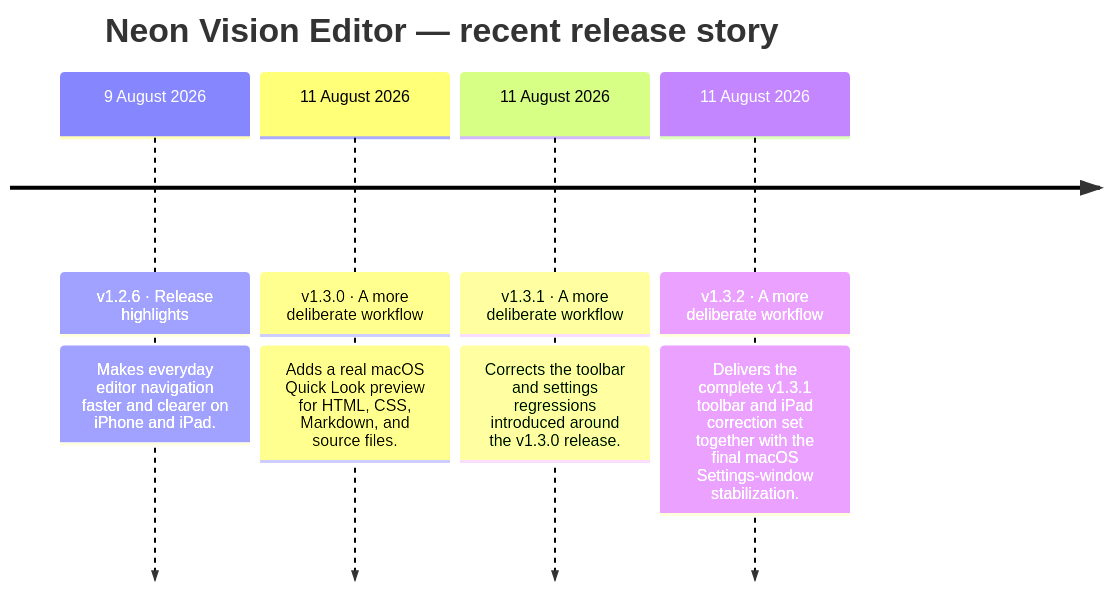
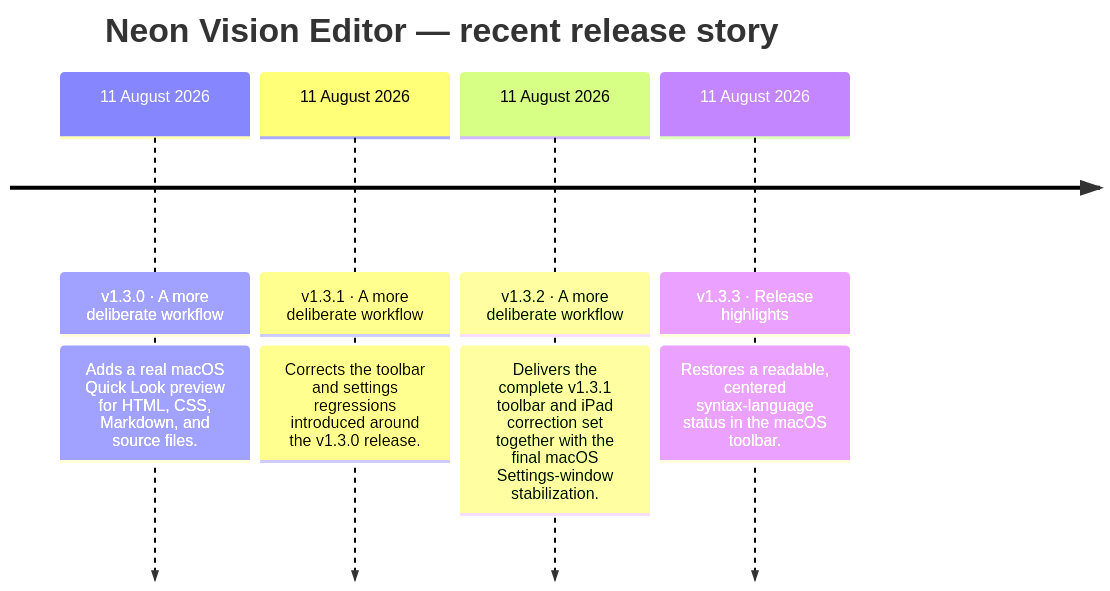
One commit to h3pdesign/Neon-Vision-Editor changed the second of 2 diagrams in README.md. Above: the diagram before and after it, drawn with Mermaid. The commit also changed other lines of this file and 11 other files, not shown here.

Commit message:
fix: restore visible toolbar status controls

````diff
--- a/README.md
+++ b/README.md
@@ -771,12 +761,12 @@
 ```mermaid
 timeline
     title Neon Vision Editor — recent release story
-    9 August 2026 : v1.2.6 · Release highlights
-                : Makes everyday editor navigation faster and clearer on iPhone and iPad.
     11 August 2026 : v1.3.0 · A more deliberate workflow
                 : Adds a real macOS Quick Look preview for HTML, CSS, Markdown, and source files.
     11 August 2026 : v1.3.1 · A more deliberate workflow
                 : Corrects the toolbar and settings regressions introduced around the v1.3.0 release.
     11 August 2026 : v1.3.2 · A more deliberate workflow
                 : Delivers the complete v1.3.1 toolbar and iPad correction set together with the final macOS Settings-window stabilization.
+    11 August 2026 : v1.3.3 · Release highlights
+                : Restores a readable, centered syntax-language status in the macOS toolbar.
 ```
````
